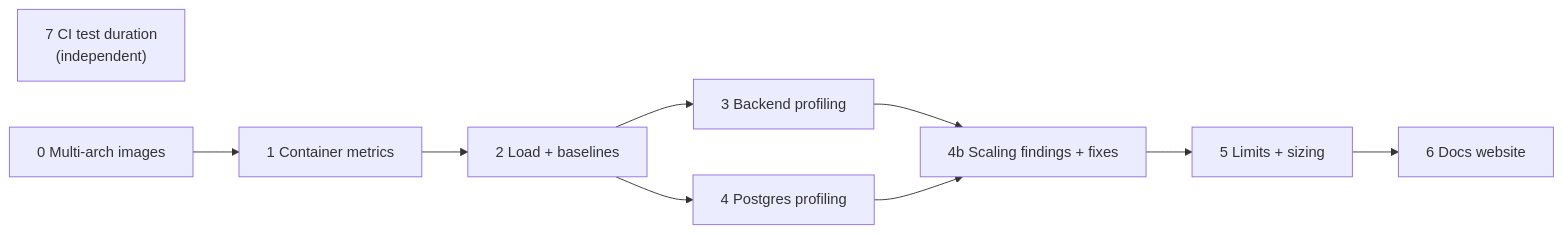
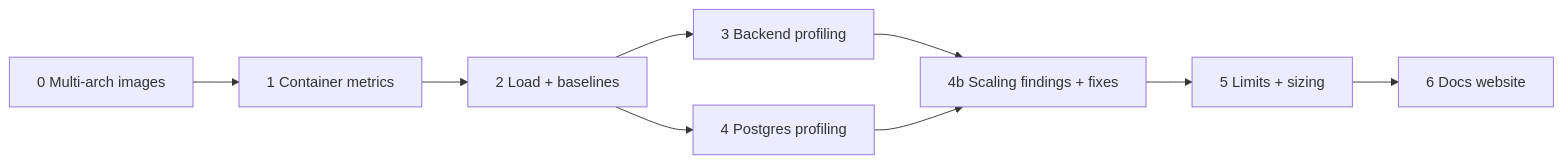
Before and after one commit to ballardr/reqtrackmanager: the first of 2 diagrams in docs/plans/resource-profiling-plan.md, drawn with Mermaid. The commit also changed other lines of this file and 6 other files, not shown here.

````diff
--- a/docs/plans/resource-profiling-plan.md
+++ b/docs/plans/resource-profiling-plan.md
@@ -21,12 +20,11 @@
 ```mermaid
 flowchart LR
-    P7["7 CI test duration<br/>(independent)"]
     P0["0 Multi-arch images"] --> P1
     P1["1 Container metrics"] --> P2["2 Load + baselines"]
     P2 --> P3["3 Backend profiling"]
     P2 --> P4["4 Postgres profiling"]
     P3 --> P4b["4b Scaling findings + fixes"]
     P4 --> P4b
     P4b --> P5["5 Limits + sizing"]
     P5 --> P6["6 Docs website"]
 ```
````
